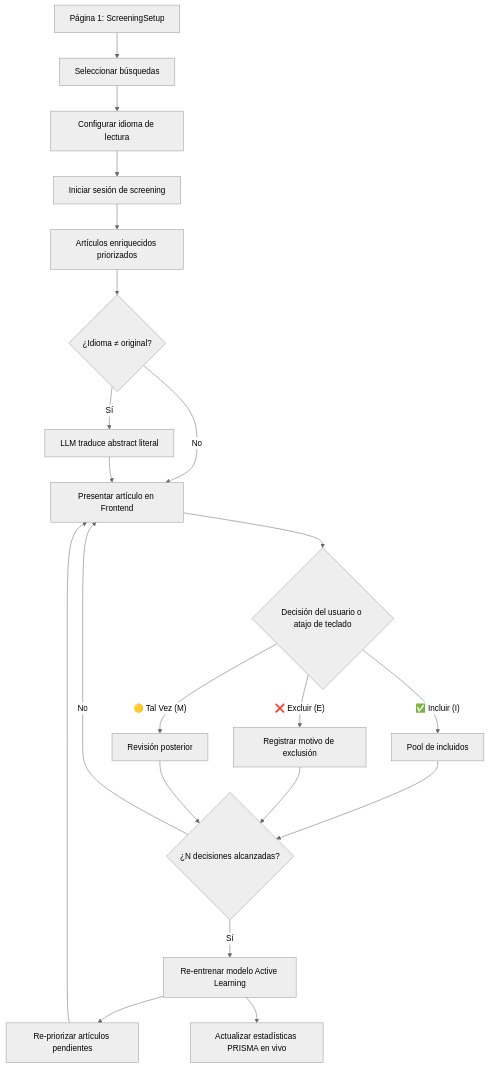
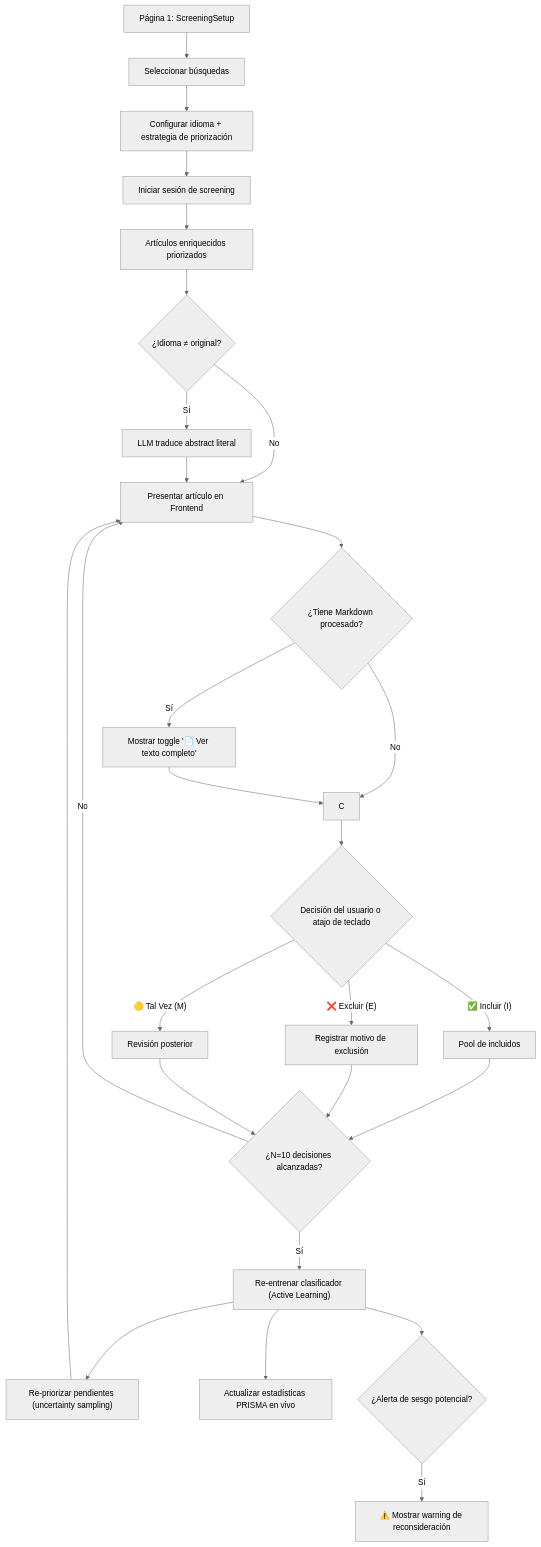
Before and after one commit to AlexPrietoRomani/AgriSearch: the sixth of 13 diagrams in docs/plan_a_seguir.md, drawn with Mermaid (neutral theme). The commit also changed other lines of this file and 38 other files, not shown here.

````diff
--- a/docs/plan_a_seguir.md
+++ b/docs/plan_a_seguir.md
@@ -696,21 +851,27 @@
 ```mermaid
 graph TD
     A0["Página 1: ScreeningSetup"] --> A0a["Seleccionar búsquedas"]
-    A0a --> A0b["Configurar idioma de lectura"]
+    A0a --> A0b["Configurar idioma + estrategia de priorización"]
     A0b --> A0c["Iniciar sesión de screening"]
     A0c --> A["Artículos enriquecidos priorizados"]
     A --> T{"¿Idioma ≠ original?"}
     T -->|Sí| T1["LLM traduce abstract literal"]
     T -->|No| B
     T1 --> B["Presentar artículo en Frontend"]
-    B --> C{"Decisión del usuario o atajo de teclado"}
-    C -->|"✅ Incluir (I)"| D["Pool de incluidos"]
-    C -->|"❌ Excluir (E)"| F["Registrar motivo de exclusión"]
-    C -->|"🟡 Tal Vez (M)"| G["Revisión posterior"]
-    D & F & G --> H{"¿N decisiones alcanzadas?"}
-    H -->|Sí| I["Re-entrenar modelo Active Learning"]
-    I --> J["Re-priorizar artículos pendientes"]
+    B --> MD{"¿Tiene Markdown procesado?"}
+    MD -->|Sí| MD1["Mostrar toggle '📄 Ver texto completo'"]
+    MD -->|No| C
+    MD1 --> C
+    C --> D{"Decisión del usuario o atajo de teclado"}
+    D -->|"✅ Incluir (I)"| E["Pool de incluidos"]
+    D -->|"❌ Excluir (E)"| F["Registrar motivo de exclusión"]
+    D -->|"🟡 Tal Vez (M)"| G["Revisión posterior"]
+    E & F & G --> H{"¿N=10 decisiones alcanzadas?"}
+    H -->|Sí| I["Re-entrenar clasificador (Active Learning)"]
+    I --> J["Re-priorizar pendientes (uncertainty sampling)"]
     J --> B
     H -->|No| B
     I --> K["Actualizar estadísticas PRISMA en vivo"]
+    I --> BIAS{"¿Alerta de sesgo potencial?"}
+    BIAS -->|Sí| WARN["⚠️ Mostrar warning de reconsideración"]
 ```
````
